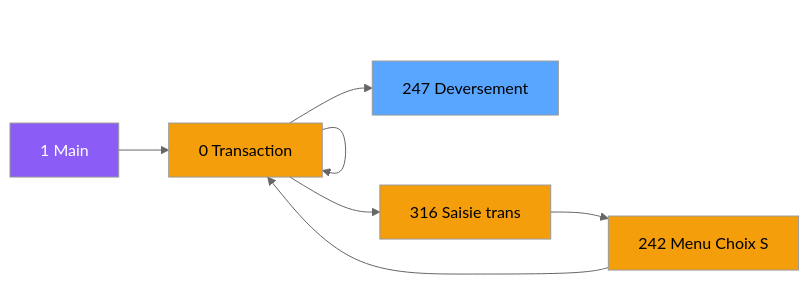
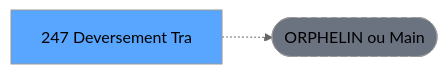
The second of 3 diagrams in .openspec/specs/ADH-IDE-247.md (thonyAGP/lecteur-magic), drawn with Mermaid (neutral theme) before and after one commit. The commit also changed other lines of this file and 701 other files, not shown here.

````diff
--- a/.openspec/specs/ADH-IDE-247.md
+++ b/.openspec/specs/ADH-IDE-247.md
@@ -161,23 +146,8 @@
 ```mermaid
 graph LR
-    M[1 Main]
-    N0[0 Transaction ]
-    N0[0 Transaction ]
-    N316[316 Saisie trans]
-    N242[242 Menu Choix S]
-    N0[0 Transaction ]
-    T[247 Deversement ]
-    M --> N0
-    N0 --> N0
-    N0 --> N316
-    N316 --> N242
-    N242 --> N0
-    N0 --> T
-    style M fill:#8b5cf6,color:#fff
-    style N0 fill:#f59e0b
-    style N0 fill:#f59e0b
-    style N316 fill:#f59e0b
-    style N242 fill:#f59e0b
-    style N0 fill:#f59e0b
+    T[247 Deversement Tra]
+    ORPHAN([ORPHELIN ou Main])
+    T -.-> ORPHAN
     style T fill:#58a6ff,color:#000
+    style ORPHAN fill:#6b7280,stroke-dasharray: 5 5
 ```
````
